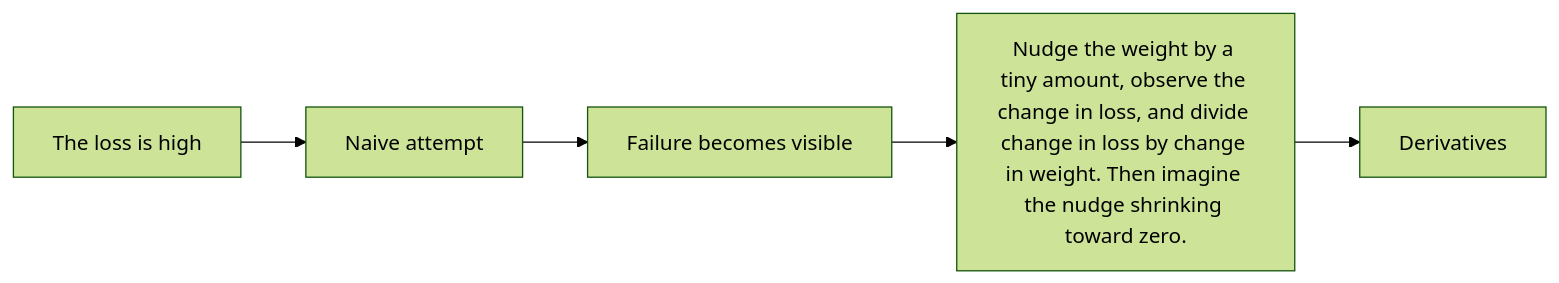
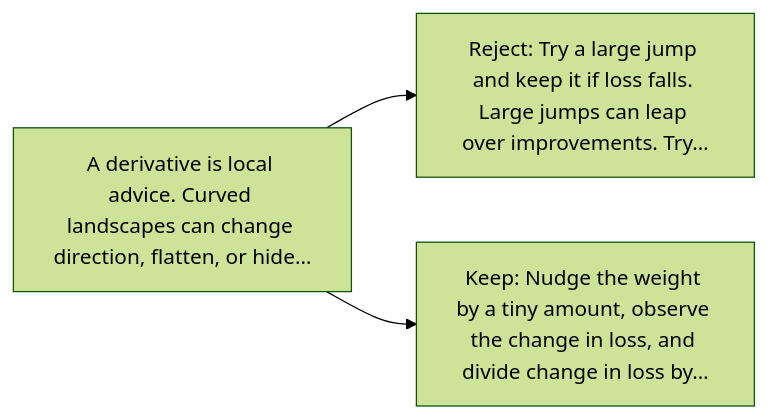
One commit to kleem-labs/AI-Archaeology changed the diagram in excavations/022-derivatives/diagram.md. Above: the diagram before and after it, drawn with Mermaid (forest theme). The commit also changed other lines of this file and 288 other files, not shown here.

````diff
--- a/excavations/022-derivatives/diagram.md
+++ b/excavations/022-derivatives/diagram.md
@@ -3,7 +5,5 @@
-~~~mermaid
+```mermaid
 flowchart LR
- A["The loss is high"] --> B["Naive attempt"]
- B --> C["Failure becomes visible"]
- C --> D["Nudge the weight by a tiny amount, observe the change in loss, and divide change in loss by change in weight. Then imagine the nudge shrinking toward zero."]
- D --> E["Derivatives"]
-~~~
+    B["A derivative is local advice. Curved landscapes can change direction, flatten, or hide…"] --> A["Reject: Try a large jump and keep it if loss falls. Large jumps can leap over improvements. Try…"]
+    B --> C["Keep: Nudge the weight by a tiny amount, observe the change in loss, and divide change in loss by…"]
+```
````
